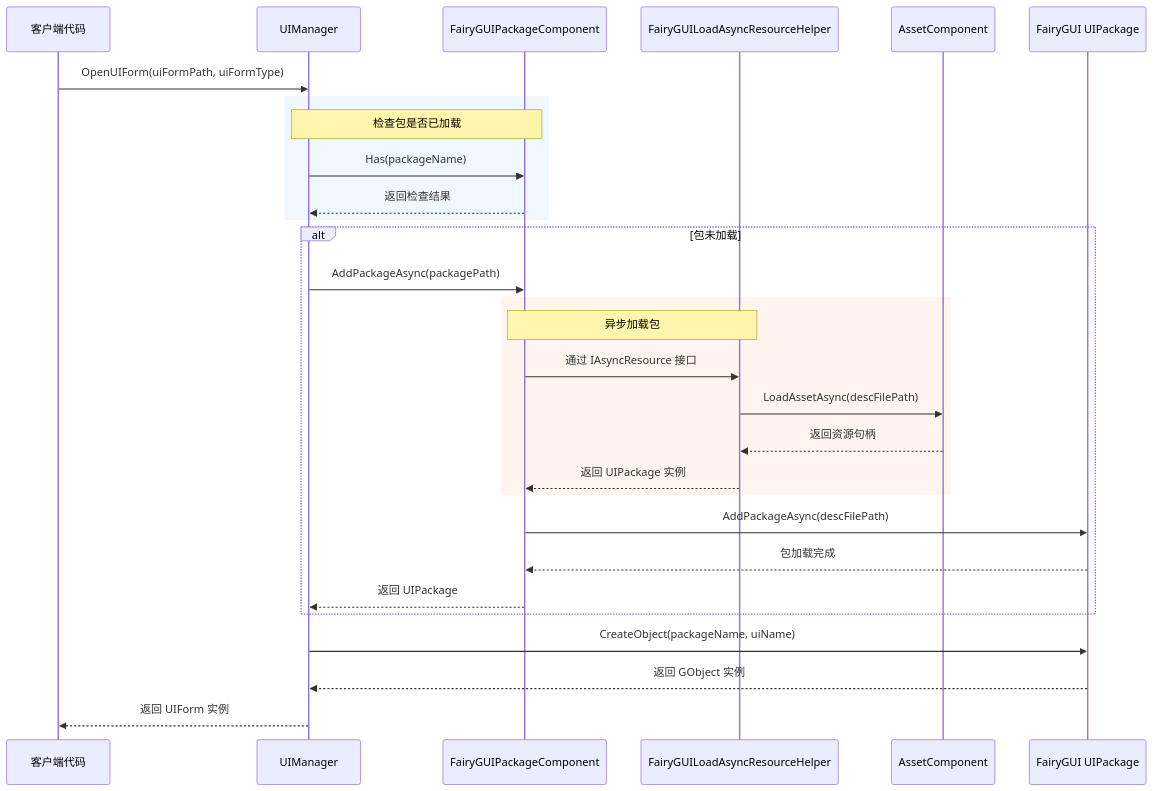
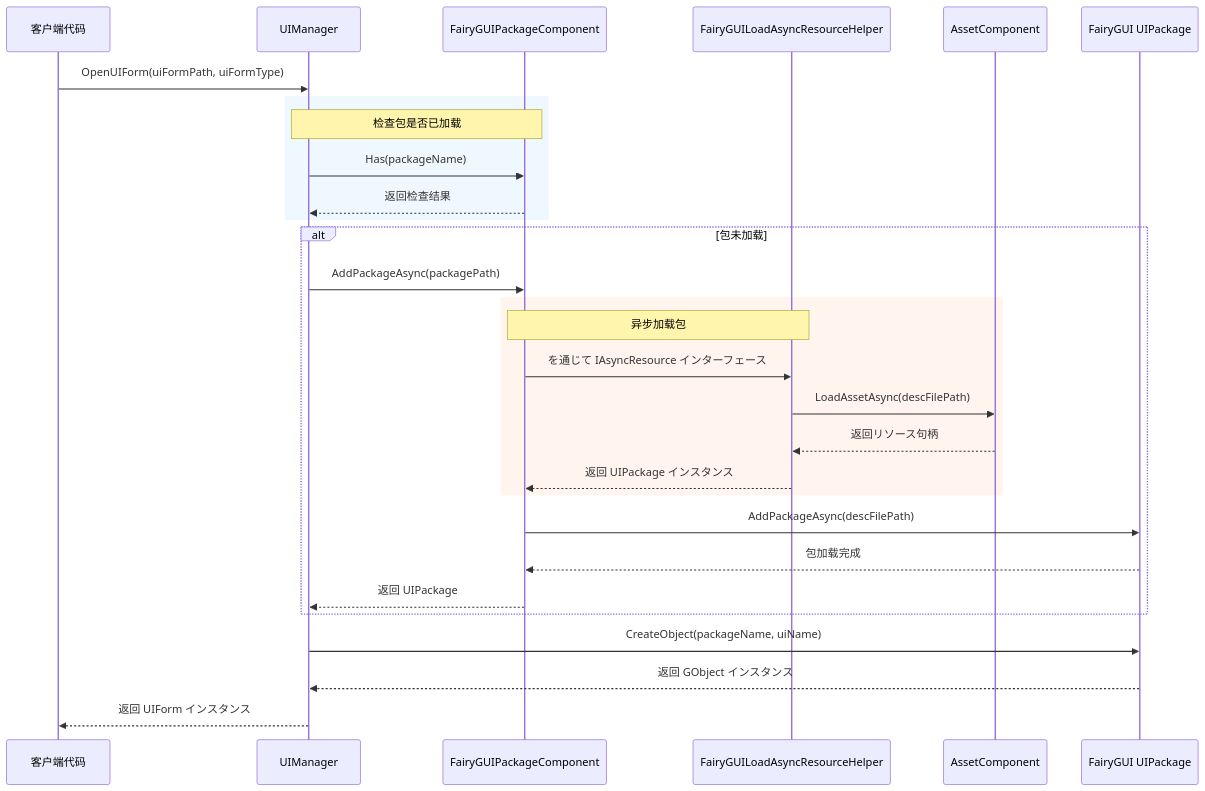
One commit to AlianBlank/GameFrameX.Docs changed the second of 2 diagrams in docs/ja/client/unity/component/ui-fairygui/09.package-manager.md. Above: the diagram before and after it, drawn with Mermaid. The commit also changed other lines of this file and 603 other files, not shown here.

````diff
--- a/docs/ja/client/unity/component/ui-fairygui/09.package-manager.md
+++ b/docs/ja/client/unity/component/ui-fairygui/09.package-manager.md
@@ -146,37 +146,37 @@
 ```mermaid
 sequenceDiagram
     participant Client as 客户端代码
     participant UM as UIManager
     participant PC as FairyGUIPackageComponent
     participant RH as FairyGUILoadAsyncResourceHelper
     participant AC as AssetComponent
     participant FGUI as FairyGUI UIPackage
 
     Client->>UM: OpenUIForm(uiFormPath, uiFormType)
     
     rect rgb(240, 248, 255)
         Note over UM, PC: 检查包是否已加载
         UM->>PC: Has(packageName)
         PC-->>UM: 返回检查结果
     end
     
     alt 包未加载
         UM->>PC: AddPackageAsync(packagePath)
         
         rect rgb(255, 245, 238)
             Note over PC, RH: 异步加载包
-            PC->>RH: 通过 IAsyncResource 接口
+            PC->>RH: を通じて IAsyncResource インターフェース
             RH->>AC: LoadAssetAsync(descFilePath)
-            AC-->>RH: 返回资源句柄
-            RH-->>PC: 返回 UIPackage 实例
+            AC-->>RH: 返回リソース句柄
+            RH-->>PC: 返回 UIPackage インスタンス
         end
         
         PC->>FGUI: AddPackageAsync(descFilePath)
         FGUI-->>PC: 包加载完成
         PC-->>UM: 返回 UIPackage
     end
     
     UM->>FGUI: CreateObject(packageName, uiName)
-    FGUI-->>UM: 返回 GObject 实例
-    UM-->>Client: 返回 UIForm 实例
+    FGUI-->>UM: 返回 GObject インスタンス
+    UM-->>Client: 返回 UIForm インスタンス
 ```
````
